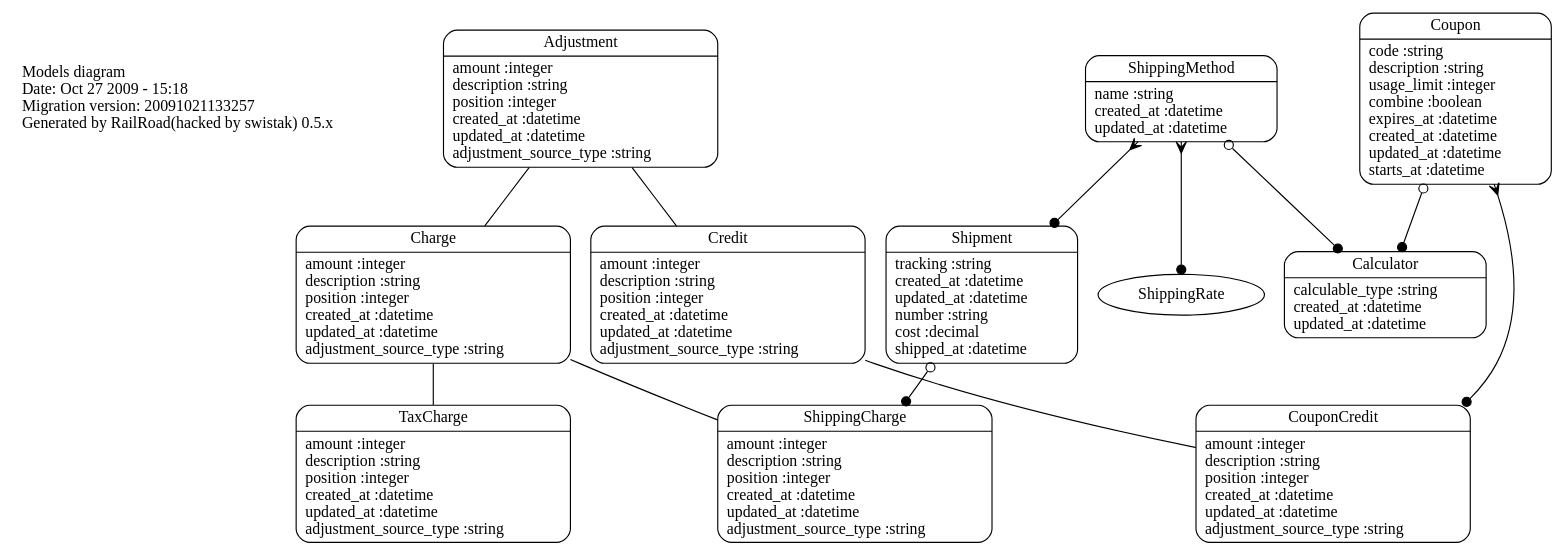
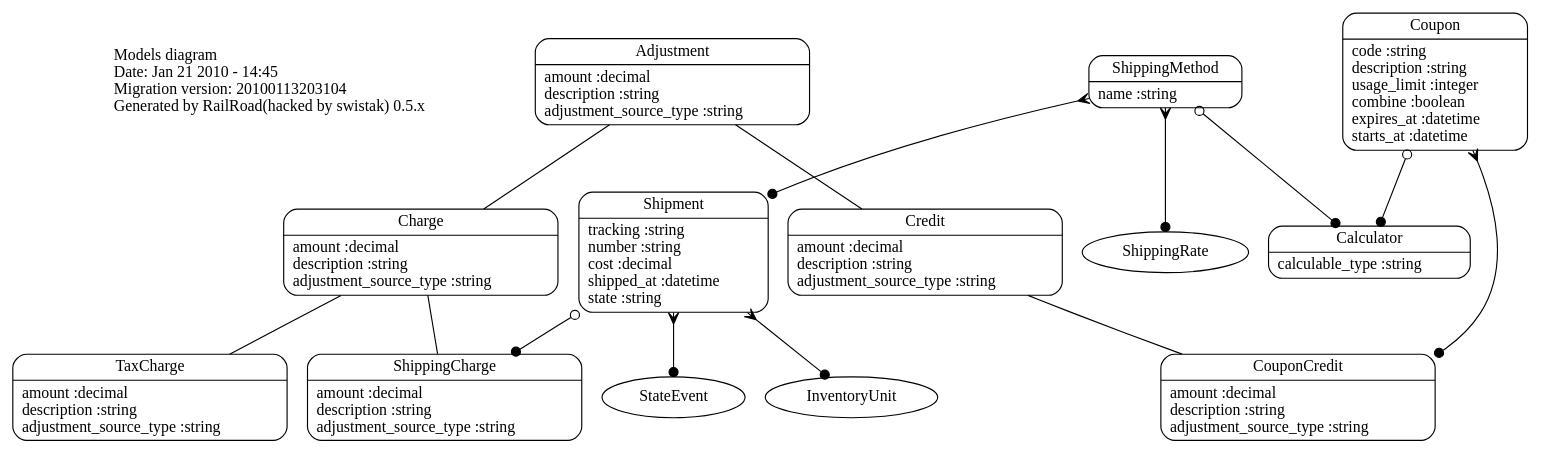
One commit to railsdog/spree-guides changed the diagram in files/diagrams/dot/adjustments.dot. Above: the diagram before and after it, drawn with Graphviz. The commit also changed 16 other files, not shown here.

```diff
--- a/files/diagrams/dot/adjustments.dot
+++ b/files/diagrams/dot/adjustments.dot
@@ -1,25 +1,27 @@
 digraph models_diagram {
 	graph[overlap=false, splines=true]
-	_diagram_info [shape="plaintext", label="Models diagram\lDate: Oct 27 2009 - 15:18\lMigration version: 20091021133257\lGenerated by RailRoad(hacked by swistak) 0.5.x\l", fontsize=14]
-	"Adjustment" [shape=Mrecord, label="{Adjustment|amount :integer\ldescription :string\lposition :integer\lcreated_at :datetime\lupdated_at :datetime\ladjustment_source_type :string\l}"]
-	"Charge" [shape=Mrecord, label="{Charge|amount :integer\ldescription :string\lposition :integer\lcreated_at :datetime\lupdated_at :datetime\ladjustment_source_type :string\l}"]
-	"Credit" [shape=Mrecord, label="{Credit|amount :integer\ldescription :string\lposition :integer\lcreated_at :datetime\lupdated_at :datetime\ladjustment_source_type :string\l}"]
-	"CouponCredit" [shape=Mrecord, label="{CouponCredit|amount :integer\ldescription :string\lposition :integer\lcreated_at :datetime\lupdated_at :datetime\ladjustment_source_type :string\l}"]
-	"TaxCharge" [shape=Mrecord, label="{TaxCharge|amount :integer\ldescription :string\lposition :integer\lcreated_at :datetime\lupdated_at :datetime\ladjustment_source_type :string\l}"]
-	"ShippingCharge" [shape=Mrecord, label="{ShippingCharge|amount :integer\ldescription :string\lposition :integer\lcreated_at :datetime\lupdated_at :datetime\ladjustment_source_type :string\l}"]
-	"Coupon" [shape=Mrecord, label="{Coupon|code :string\ldescription :string\lusage_limit :integer\lcombine :boolean\lexpires_at :datetime\lcreated_at :datetime\lupdated_at :datetime\lstarts_at :datetime\l}"]
-	"Shipment" [shape=Mrecord, label="{Shipment|tracking :string\lcreated_at :datetime\lupdated_at :datetime\lnumber :string\lcost :decimal\lshipped_at :datetime\l}"]
-	"Calculator" [shape=Mrecord, label="{Calculator|calculable_type :string\lcreated_at :datetime\lupdated_at :datetime\l}"]
-	"ShippingMethod" [shape=Mrecord, label="{ShippingMethod|name :string\lcreated_at :datetime\lupdated_at :datetime\l}"]
+	_diagram_info [shape="plaintext", label="Models diagram\lDate: Jan 21 2010 - 14:45\lMigration version: 20100113203104\lGenerated by RailRoad(hacked by swistak) 0.5.x\l", fontsize=14]
+	"Adjustment" [shape=Mrecord, label="{Adjustment|amount :decimal\ldescription :string\ladjustment_source_type :string\l}"]
+	"Charge" [shape=Mrecord, label="{Charge|amount :decimal\ldescription :string\ladjustment_source_type :string\l}"]
+	"Credit" [shape=Mrecord, label="{Credit|amount :decimal\ldescription :string\ladjustment_source_type :string\l}"]
+	"CouponCredit" [shape=Mrecord, label="{CouponCredit|amount :decimal\ldescription :string\ladjustment_source_type :string\l}"]
+	"TaxCharge" [shape=Mrecord, label="{TaxCharge|amount :decimal\ldescription :string\ladjustment_source_type :string\l}"]
+	"ShippingCharge" [shape=Mrecord, label="{ShippingCharge|amount :decimal\ldescription :string\ladjustment_source_type :string\l}"]
+	"Coupon" [shape=Mrecord, label="{Coupon|code :string\ldescription :string\lusage_limit :integer\lcombine :boolean\lexpires_at :datetime\lstarts_at :datetime\l}"]
+	"Shipment" [shape=Mrecord, label="{Shipment|tracking :string\lnumber :string\lcost :decimal\lshipped_at :datetime\lstate :string\l}"]
+	"Calculator" [shape=Mrecord, label="{Calculator|calculable_type :string\l}"]
+	"ShippingMethod" [shape=Mrecord, label="{ShippingMethod|name :string\l}"]
 	"Adjustment" -> "Charge" [label="", arrowhead="none", arrowtail="onormal"]
 	"Adjustment" -> "Credit" [label="", arrowhead="none", arrowtail="onormal"]
 	"Credit" -> "CouponCredit" [label="", arrowhead="none", arrowtail="onormal"]
 	"Charge" -> "TaxCharge" [label="", arrowhead="none", arrowtail="onormal"]
 	"Charge" -> "ShippingCharge" [label="", arrowhead="none", arrowtail="onormal"]
+	"Coupon" -> "CouponCredit" [arrowtail=crow, arrowhead=dot, dir=both]
 	"Coupon" -> "Calculator" [arrowtail=odot, arrowhead=dot, dir=both]
-	"Coupon" -> "CouponCredit" [arrowtail=crow, arrowhead=dot, dir=both]
+	"Shipment" -> "InventoryUnit" [arrowtail=crow, arrowhead=dot, dir=both]
+	"Shipment" -> "StateEvent" [arrowtail=crow, arrowhead=dot, dir=both]
 	"Shipment" -> "ShippingCharge" [arrowtail=odot, arrowhead=dot, dir=both]
+	"ShippingMethod" -> "Calculator" [arrowtail=odot, arrowhead=dot, dir=both]
+	"ShippingMethod" -> "Shipment" [arrowtail=crow, arrowhead=dot, dir=both]
 	"ShippingMethod" -> "ShippingRate" [arrowtail=crow, arrowhead=dot, dir=both]
-	"ShippingMethod" -> "Shipment" [arrowtail=crow, arrowhead=dot, dir=both]
-	"ShippingMethod" -> "Calculator" [arrowtail=odot, arrowhead=dot, dir=both]
 }
```
